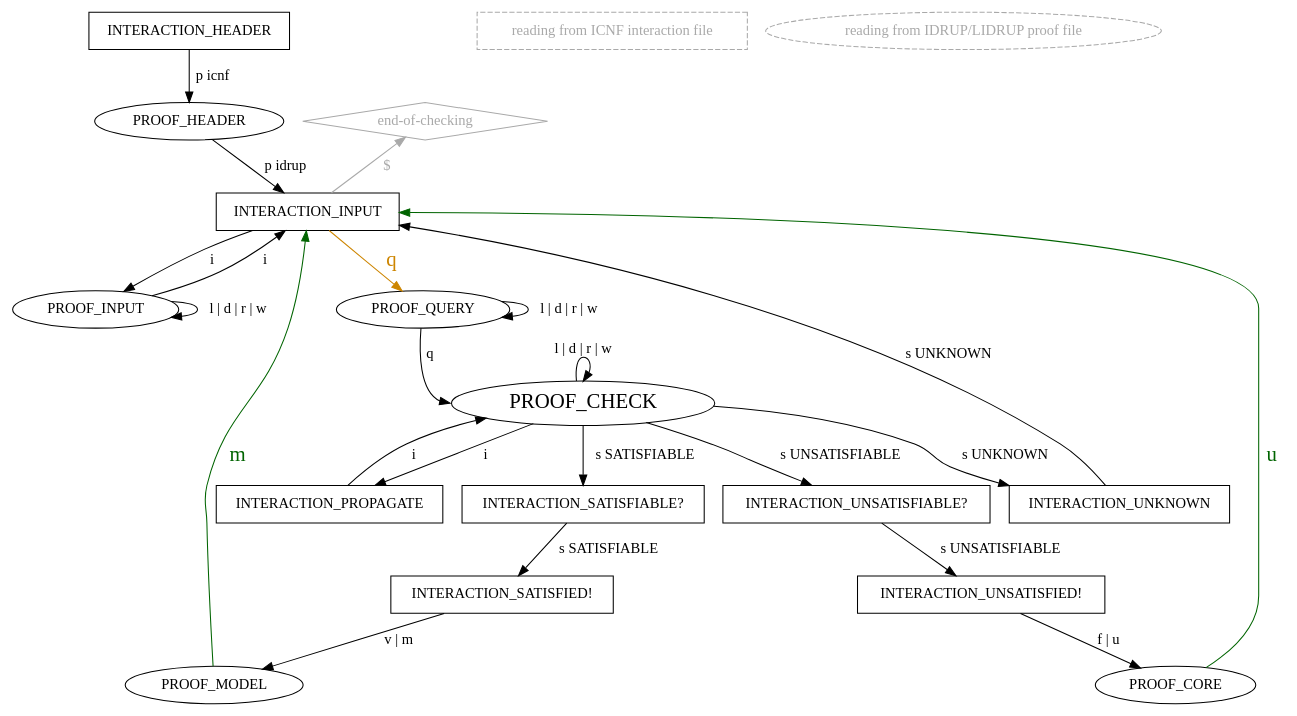
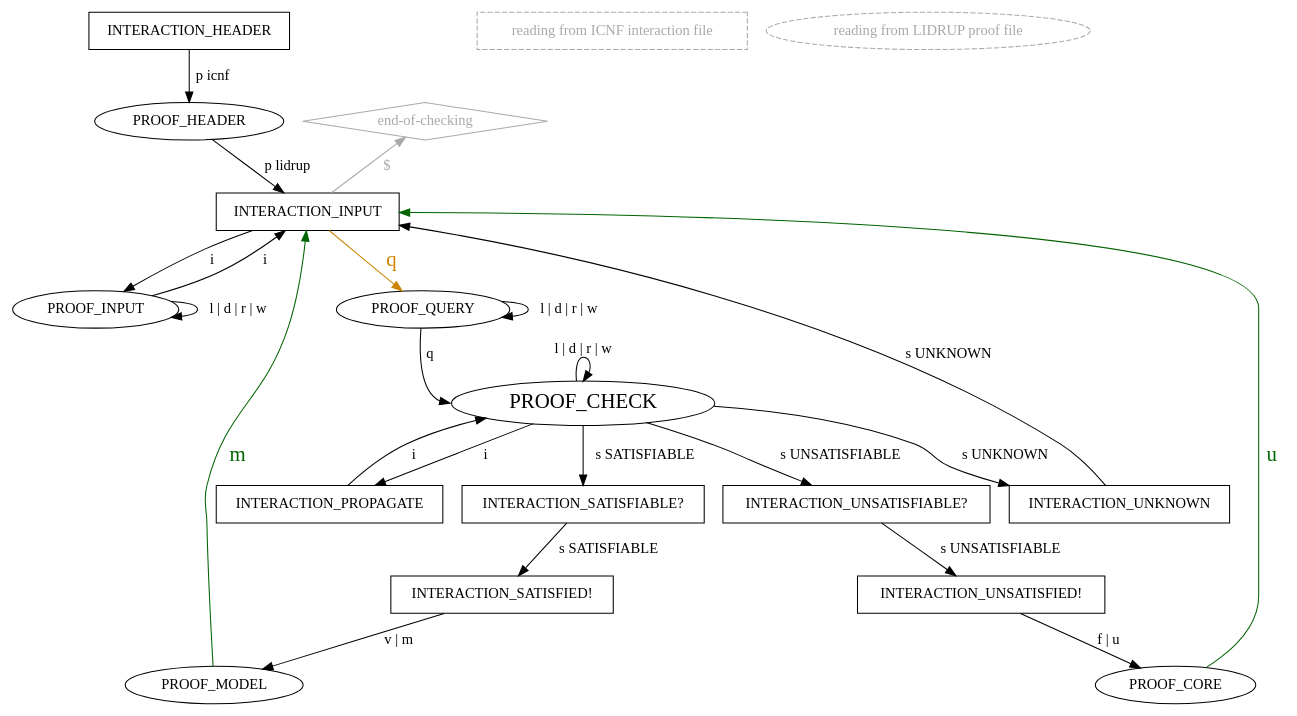
The diagram in lidrup-check-pedantic-clear.dot (arminbiere/lidrup-check), drawn with Graphviz before and after one commit. The commit also changed 11 other files, not shown here.

```diff
--- a/lidrup-check-pedantic-clear.dot
+++ b/lidrup-check-pedantic-clear.dot
@@ -1,54 +1,54 @@
-digraph "idrup-check" {
+digraph "lidrup-check" {
 
   INTERACTION_HEADER [shape=box];
   INTERACTION_HEADER -> PROOF_HEADER [label=" p icnf",weight=2];
 
   empty_legend1 [label="                     ",style=invis]
   icnf_legend
   [shape=box,color=darkgray,fontcolor=darkgray,style=dashed,label="reading from ICNF interaction file"]
-  idrup_legend
-  [style=dashed,color=darkgray,fontcolor=darkgray,label="reading from IDRUP/LIDRUP proof file"]
+  lidrup_legend
+  [style=dashed,color=darkgray,fontcolor=darkgray,label="reading from LIDRUP proof file"]
 
   "end-of-checking" [shape=diamond,color=darkgray,fontcolor=darkgray];
    "end-of-checking" -> INTERACTION_INPUT [label="  $    ",dir=back,fontcolor=darkgray,color=darkgray];
 
-  PROOF_HEADER -> INTERACTION_INPUT [label=" p idrup"]
+  PROOF_HEADER -> INTERACTION_INPUT [label=" p lidrup"]
 
   INTERACTION_INPUT [shape=box];
   INTERACTION_INPUT -> PROOF_INPUT [label=" i ",weight=2];
   INTERACTION_INPUT -> PROOF_QUERY [label=" q ",weight=2,color=orange3,fontsize=20,fontcolor=orange3];
 
   PROOF_INPUT -> INTERACTION_INPUT [label=" i ",weight=3];
   PROOF_INPUT -> PROOF_INPUT [label=" l | d | r | w"];
 
   PROOF_QUERY -> PROOF_CHECK:w [label=" q "];
   PROOF_QUERY -> PROOF_QUERY [label=" l | d | r | w"];
 
   PROOF_CHECK [fontsize=20];
   PROOF_CHECK:n -> PROOF_CHECK:_ [label=" l | d | r | w ",dir=back];
   PROOF_CHECK -> INTERACTION_PROPAGATE [label=" i "];
   PROOF_CHECK -> INTERACTION_SATISFIABLE [label=" s SATISFIABLE "];
   PROOF_CHECK -> INTERACTION_UNSATISFIABLE [label=" s UNSATISFIABLE "];
   PROOF_CHECK -> INTERACTION_UNKNOWN [label=" s UNKNOWN ",weight=2];
 
   INTERACTION_PROPAGATE [shape="box"];
   INTERACTION_PROPAGATE -> PROOF_CHECK [label=" i "];
 
   INTERACTION_UNSATISFIABLE [shape="box",label="INTERACTION_UNSATISFIABLE?"];
   INTERACTION_UNSATISFIABLE -> INTERACTION_UNSATISFIED [label=" s UNSATISFIABLE "];
 
   INTERACTION_SATISFIABLE [shape="box",label="INTERACTION_SATISFIABLE?"];
   INTERACTION_SATISFIABLE -> INTERACTION_SATISFIED [label=" s SATISFIABLE "];
 
   INTERACTION_SATISFIED [shape=box,label="INTERACTION_SATISFIED!"];
   INTERACTION_SATISFIED -> PROOF_MODEL [label=" v | m "];
 
   INTERACTION_UNSATISFIED [shape=box,label="INTERACTION_UNSATISFIED!"];
   INTERACTION_UNSATISFIED -> PROOF_CORE [label=" f | u "];
 
   INTERACTION_UNKNOWN [shape=box];
   INTERACTION_UNKNOWN -> INTERACTION_INPUT [label="s UNKNOWN",weight=2];
 
   PROOF_MODEL -> INTERACTION_INPUT [label=" m ",color=darkgreen,fontsize=20,fontcolor=darkgreen];
   PROOF_CORE -> INTERACTION_INPUT [label=" u ",color=darkgreen,fontsize=20,fontcolor=darkgreen];
 }
```
